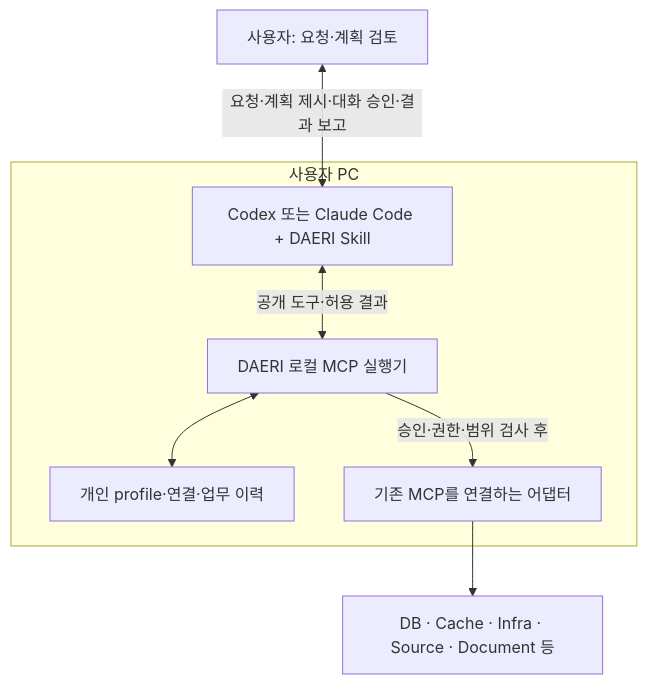
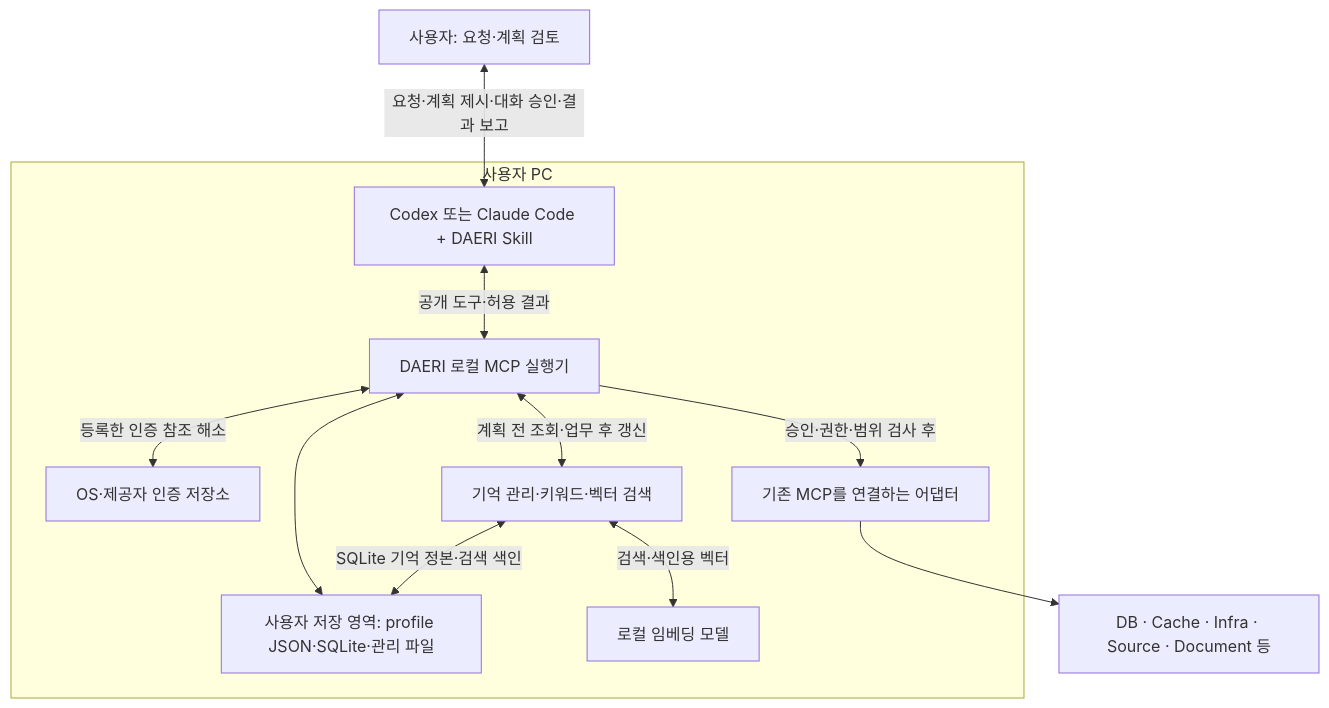
Before and after one commit to VVoodyHong/DAERI: the diagram in docs/architecture/overview.md, drawn with Mermaid. The commit also changed other lines of this file and 15 other files, not shown here.

````diff
--- a/docs/architecture/overview.md
+++ b/docs/architecture/overview.md
@@ -14,15 +15,22 @@
 ```mermaid
 flowchart TB
     U[사용자: 요청·계획 검토]
     subgraph PC[사용자 PC]
         H[Codex 또는 Claude Code + DAERI Skill]
         D[DAERI 로컬 MCP 실행기]
-        S[개인 profile·연결·업무 이력]
+        S[사용자 저장 영역: profile JSON·SQLite·관리 파일]
+        C[OS·제공자 인증 저장소]
+        M[기억 관리·키워드·벡터 검색]
+        E[로컬 임베딩 모델]
         A[기존 MCP를 연결하는 어댑터]
         H <-->|공개 도구·허용 결과| D
         D <--> S
+        D <-->|등록한 인증 참조 해소| C
+        D <-->|계획 전 조회·업무 후 갱신| M
+        M <-->|SQLite 기억 정본·검색 색인| S
+        M <-->|검색·색인용 벡터| E
         D -->|승인·권한·범위 검사 후| A
     end
     U <-->|요청·계획 제시·대화 승인·결과 보고| H
     A --> R[DB · Cache · Infra · Source · Document 등]
 ```
````
